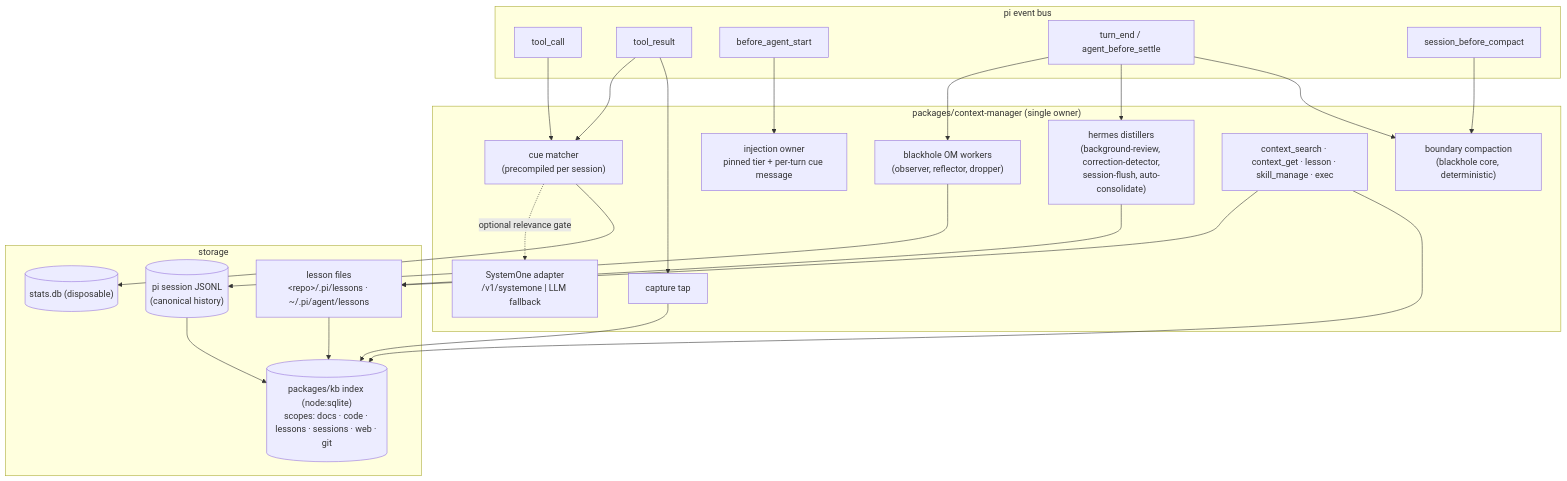
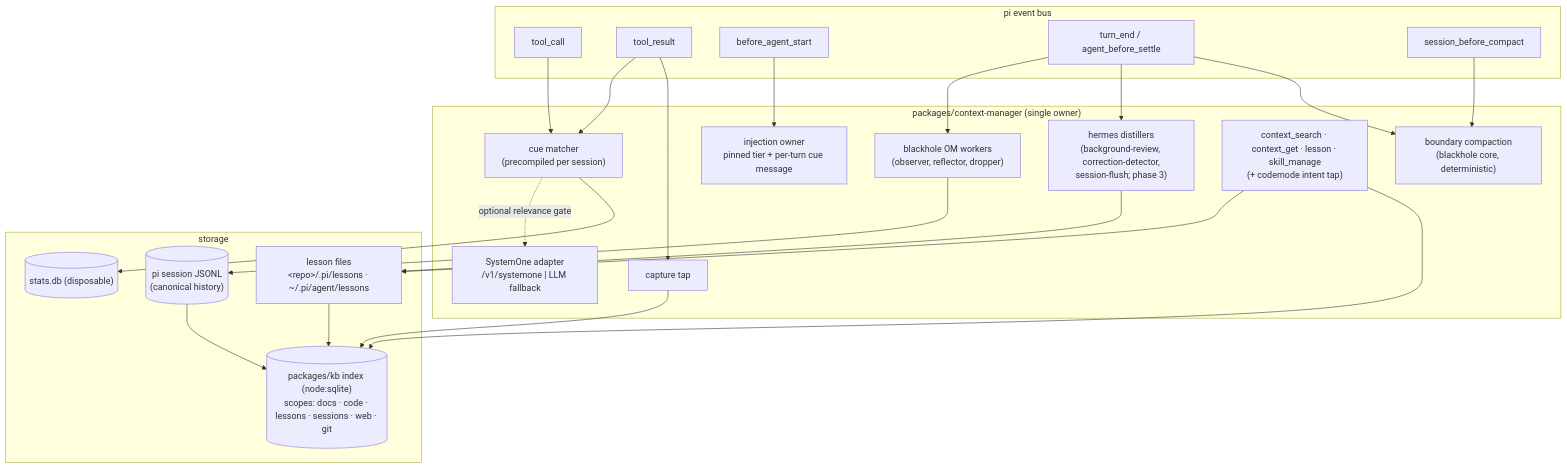
Before and after one commit to BlackBeltTechnology/pi-agent-dashboard: the diagram in openspec/changes/unify-context-manager/design.md, drawn with Mermaid. The commit also changed other lines of this file and 21 other files, not shown here.

````diff
--- a/openspec/changes/unify-context-manager/design.md
+++ b/openspec/changes/unify-context-manager/design.md
@@ -55,35 +83,35 @@
 ```mermaid
 flowchart TB
   subgraph PI["pi event bus"]
     TC[tool_call] & TR[tool_result] & BAS[before_agent_start] & TE[turn_end / agent_before_settle] & SBC[session_before_compact]
   end
   subgraph CM["packages/context-manager (single owner)"]
     TAP["capture tap"]
     MATCH["cue matcher<br/>(precompiled per session)"]
     INJ["injection owner<br/>pinned tier + per-turn cue message"]
     CMP["boundary compaction<br/>(blackhole core, deterministic)"]
-    HD["hermes distillers<br/>(background-review, correction-detector,<br/>session-flush, auto-consolidate)"]
+    HD["hermes distillers<br/>(background-review, correction-detector,<br/>session-flush; phase 3)"]
     OM["blackhole OM workers<br/>(observer, reflector, dropper)"]
-    TOOLS["context_search · context_get · lesson · skill_manage · exec"]
+    TOOLS["context_search · context_get · lesson · skill_manage<br/>(+ codemode intent tap)"]
     S1["SystemOne adapter<br/>/v1/systemone | LLM fallback"]
   end
   subgraph STORE["storage"]
     LES["lesson files<br/>&lt;repo&gt;/.pi/lessons · ~/.pi/agent/lessons"]
     IDX[("packages/kb index (node:sqlite)<br/>scopes: docs · code · lessons · sessions · web · git")]
     ST[("stats.db (disposable)")]
     JSONL[("pi session JSONL<br/>(canonical history)")]
   end
   TC --> MATCH
   TR --> TAP & MATCH
   BAS --> INJ
   TE --> CMP & HD & OM
   SBC --> CMP
   TAP --> IDX
   JSONL --> IDX
   LES --> IDX
   MATCH --> ST
   HD --> LES
   OM --> JSONL
   TOOLS --> IDX & LES
   MATCH -. optional relevance gate .-> S1
 ```
````
